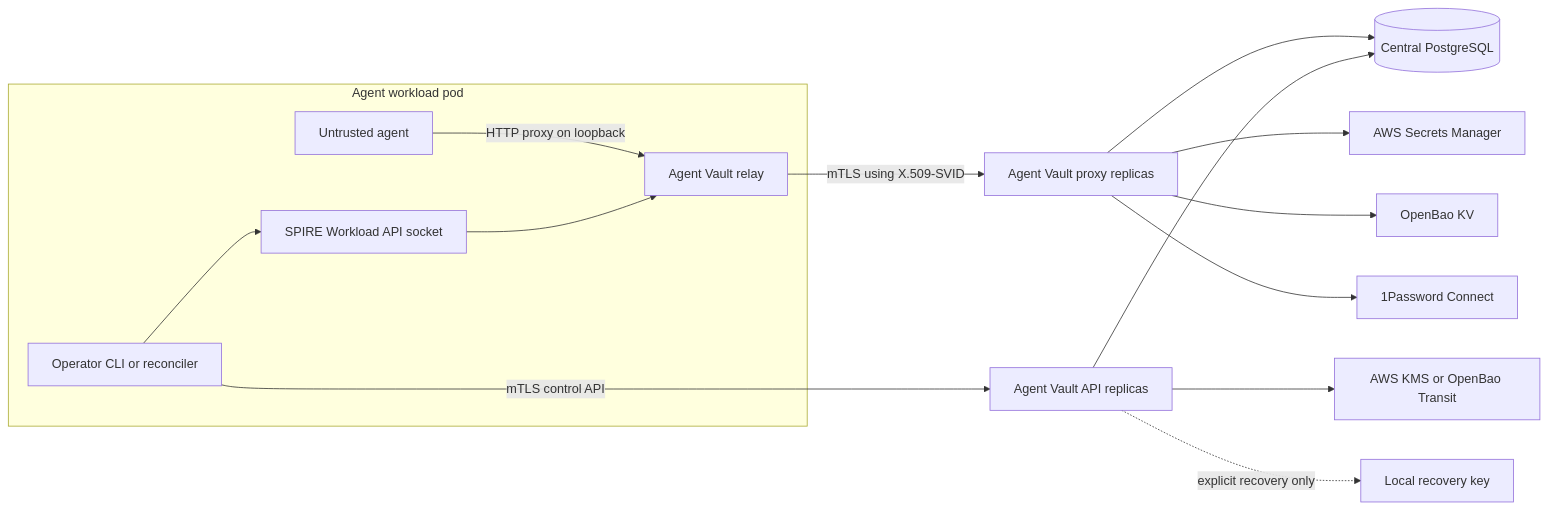
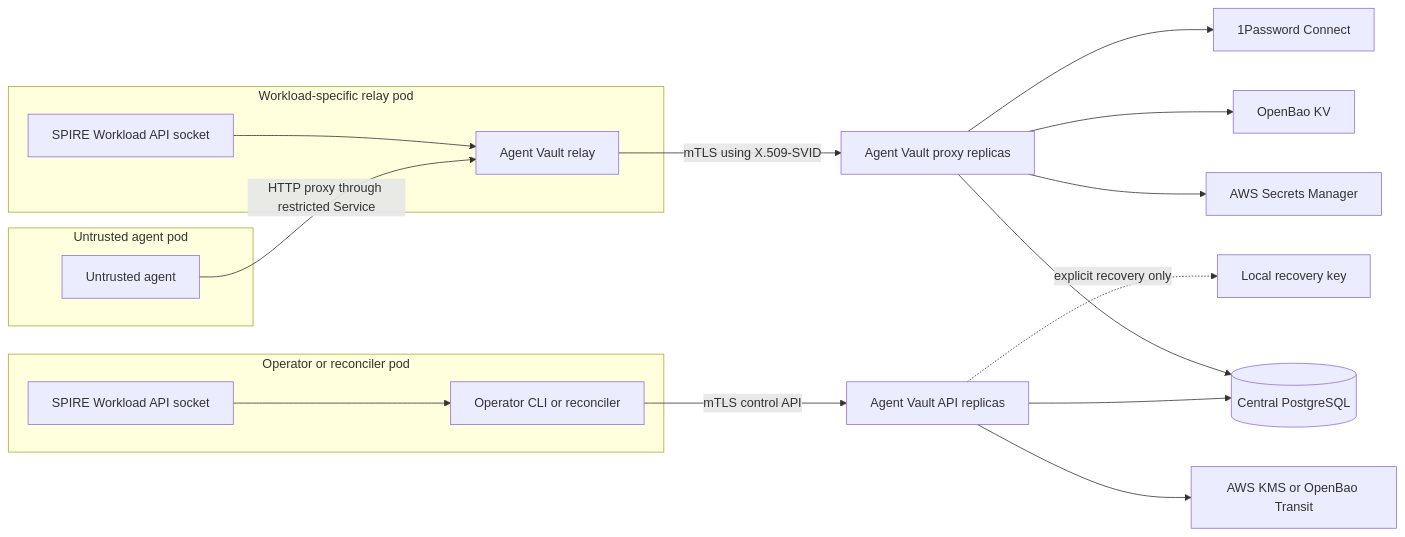
The diagram in docs/design/fleet-kubernetes-spiffe.md (stigenai/agent-vault), drawn with Mermaid before and after one commit. The commit also changed other lines of this file and 19 other files, not shown here.

Commit message:
feat(relay): isolate Kubernetes workload proxies

````diff
--- a/docs/design/fleet-kubernetes-spiffe.md
+++ b/docs/design/fleet-kubernetes-spiffe.md
@@ -46,18 +49,24 @@
 ```mermaid
 flowchart LR
-  subgraph Pod["Agent workload pod"]
-    Agent["Untrusted agent"] -->|"HTTP proxy on loopback"| Relay["Agent Vault relay"]
-    SpireSocket["SPIRE Workload API socket"] --> Relay
-    CLI["Operator CLI or reconciler"] --> SpireSocket
+  subgraph AgentPod["Untrusted agent pod"]
+    Agent["Untrusted agent"]
   end
+  subgraph RelayPod["Workload-specific relay pod"]
+    Relay["Agent Vault relay"]
+    RelaySocket["SPIRE Workload API socket"] --> Relay
+  end
+  subgraph OperatorPod["Operator or reconciler pod"]
+    CLISocket["SPIRE Workload API socket"] --> CLI["Operator CLI or reconciler"]
+  end
+  Agent -->|"HTTP proxy through restricted Service"| Relay
 
   Relay -->|"mTLS using X.509-SVID"| Proxy["Agent Vault proxy replicas"]
   CLI -->|"mTLS control API"| API["Agent Vault API replicas"]
   Proxy --> PG[("Central PostgreSQL")]
   API --> PG
   Proxy --> AWS["AWS Secrets Manager"]
   Proxy --> Bao["OpenBao KV"]
   Proxy --> OP["1Password Connect"]
   API --> KMS["AWS KMS or OpenBao Transit"]
   API -. "explicit recovery only" .-> Recovery["Local recovery key"]
 ```
````
